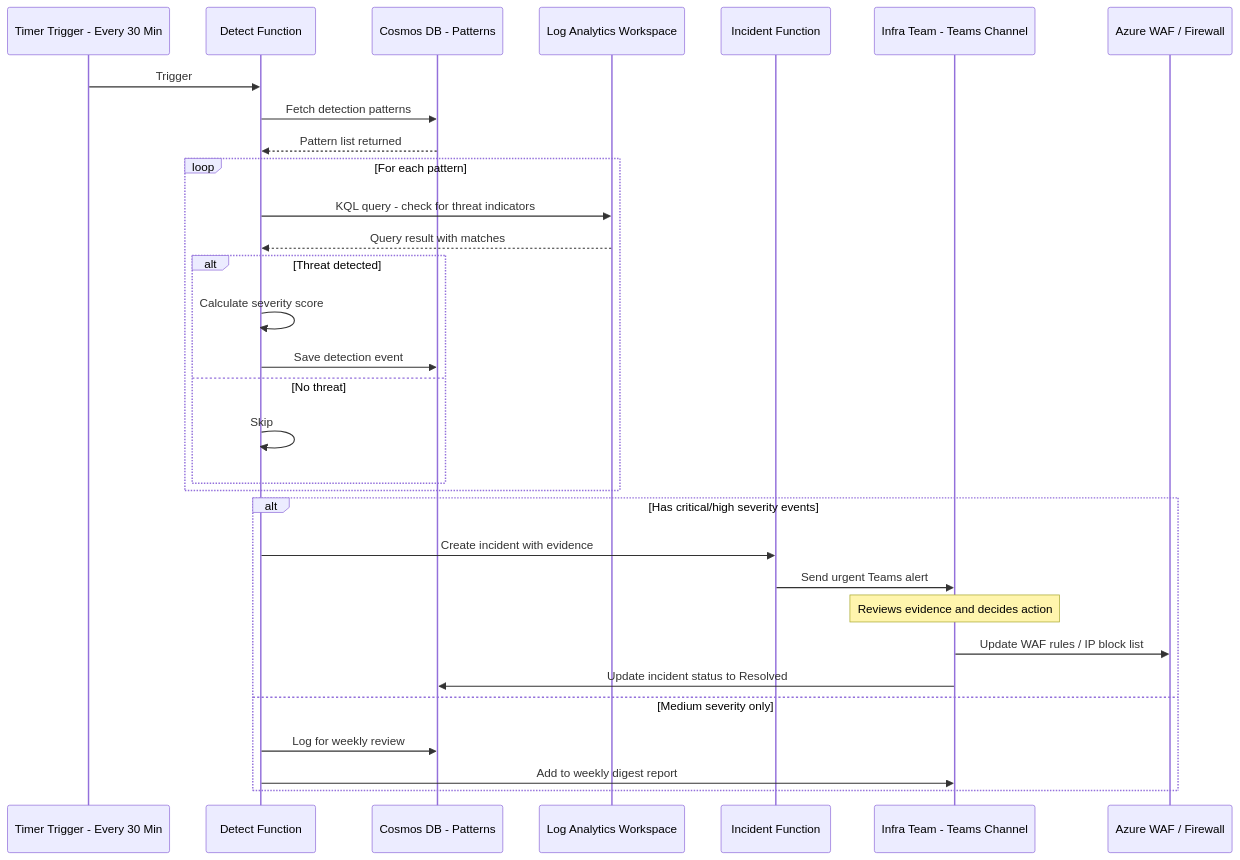
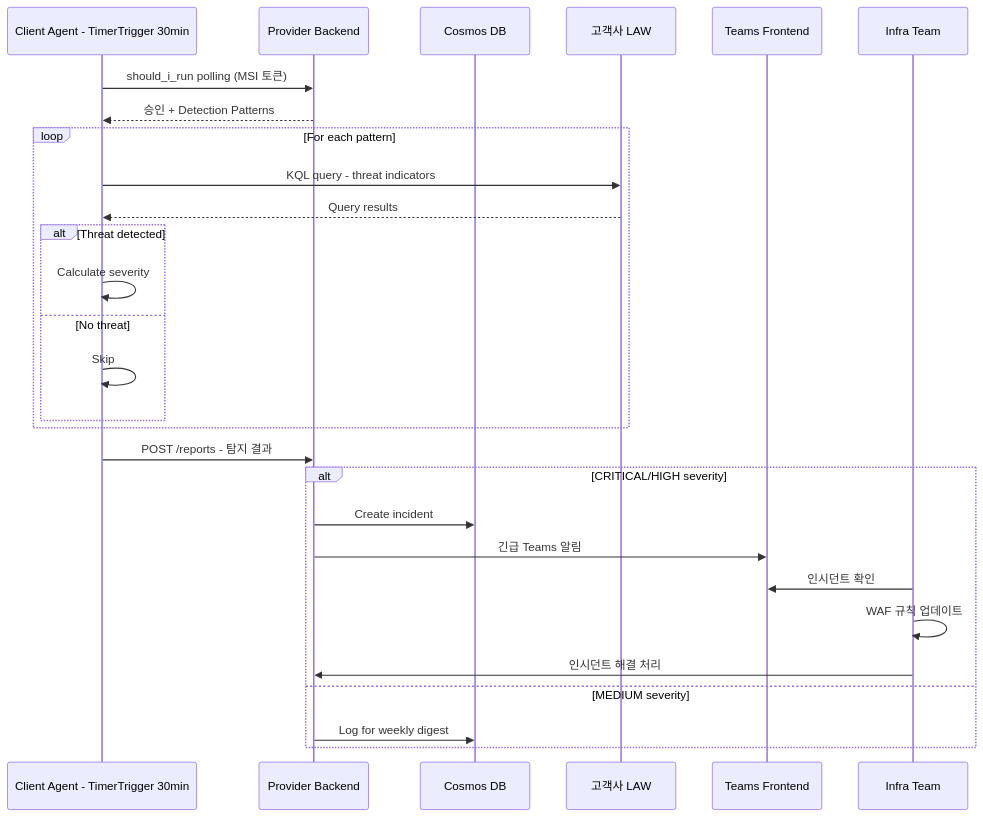
One commit to chjcmy/study changed diagram 13 of 21 in azure/projects/log-doctor-plan.md. Above: the diagram before and after it, drawn with Mermaid. The commit also changed other lines of this file, not shown here.

````diff
--- a/azure/projects/log-doctor-plan.md
+++ b/azure/projects/log-doctor-plan.md
@@ -537,37 +505,35 @@
 ```mermaid
 sequenceDiagram
-    participant Timer as Timer Trigger - Every 30 Min
-    participant Fn as Detect Function
-    participant DB as Cosmos DB - Patterns
-    participant LAW as Log Analytics Workspace
-    participant Incident as Incident Function
-    participant Infra as Infra Team - Teams Channel
-    participant WAF as Azure WAF / Firewall
+    participant Agent as Client Agent - TimerTrigger 30min
+    participant PB as Provider Backend
+    participant DB as Cosmos DB
+    participant LAW as 고객사 LAW
+    participant Teams as Teams Frontend
+    participant Infra as Infra Team
 
-    Timer->>Fn: Trigger
-    Fn->>DB: Fetch detection patterns
-    DB-->>Fn: Pattern list returned
+    Agent->>PB: should_i_run polling (MSI 토큰)
+    PB-->>Agent: 승인 + Detection Patterns
 
     loop For each pattern
-        Fn->>LAW: KQL query - check for threat indicators
-        LAW-->>Fn: Query result with matches
+        Agent->>LAW: KQL query - threat indicators
+        LAW-->>Agent: Query results
 
         alt Threat detected
-            Fn->>Fn: Calculate severity score
-            Fn->>DB: Save detection event
+            Agent->>Agent: Calculate severity
         else No threat
-            Fn->>Fn: Skip
+            Agent->>Agent: Skip
         end
     end
 
-    alt Has critical/high severity events
-        Fn->>Incident: Create incident with evidence
-        Incident->>Infra: Send urgent Teams alert
-        Note over Infra: Reviews evidence and decides action
-        Infra->>WAF: Update WAF rules / IP block list
-        Infra->>DB: Update incident status to Resolved
-    else Medium severity only
-        Fn->>DB: Log for weekly review
-        Fn->>Infra: Add to weekly digest report
+    Agent->>PB: POST /reports - 탐지 결과
+
+    alt CRITICAL/HIGH severity
+        PB->>DB: Create incident
+        PB->>Teams: 긴급 Teams 알림
+        Infra->>Teams: 인시던트 확인
+        Infra->>Infra: WAF 규칙 업데이트
+        Infra->>PB: 인시던트 해결 처리
+    else MEDIUM severity
+        PB->>DB: Log for weekly digest
     end
 ```
````
